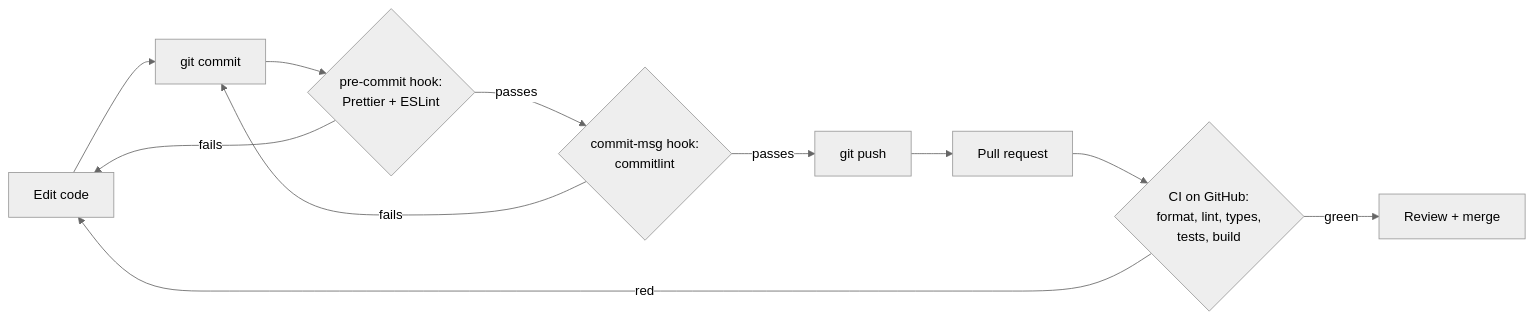
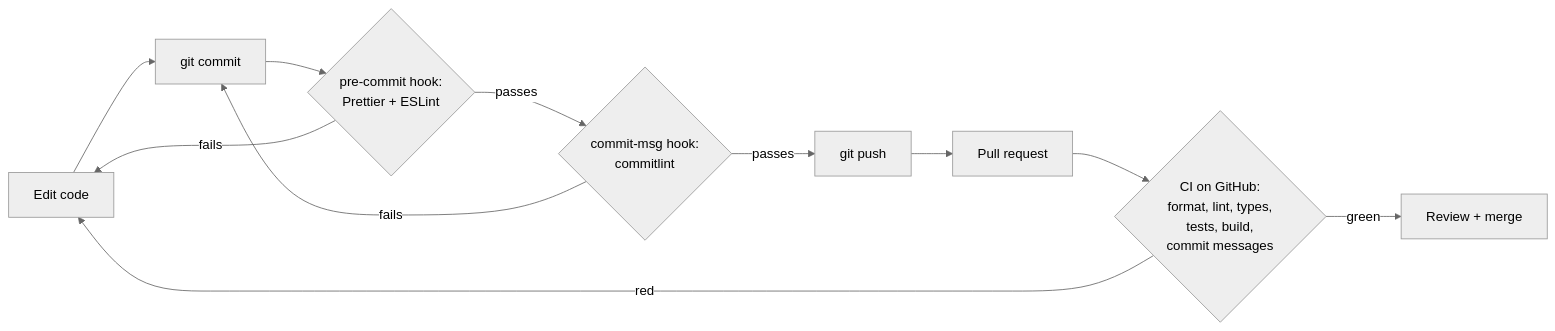
Before and after one commit to TNT57/Study-Blog-Platform: the diagram in docs/learn/00-setup.md, drawn with Mermaid (neutral theme). The commit also changed other lines of this file and 2 other files, not shown here.

````diff
--- a/docs/learn/00-setup.md
+++ b/docs/learn/00-setup.md
@@ -39,13 +43,13 @@
 ```mermaid
 flowchart LR
   A[Edit code] --> B[git commit]
   B --> C{pre-commit hook:<br/>Prettier + ESLint}
   C -- fails --> A
   C -- passes --> D{commit-msg hook:<br/>commitlint}
   D -- fails --> B
   D -- passes --> E[git push]
   E --> F[Pull request]
-  F --> G{CI on GitHub:<br/>format, lint, types,<br/>tests, build}
+  F --> G{CI on GitHub:<br/>format, lint, types,<br/>tests, build,<br/>commit messages}
   G -- red --> A
   G -- green --> H[Review + merge]
 ```
````
